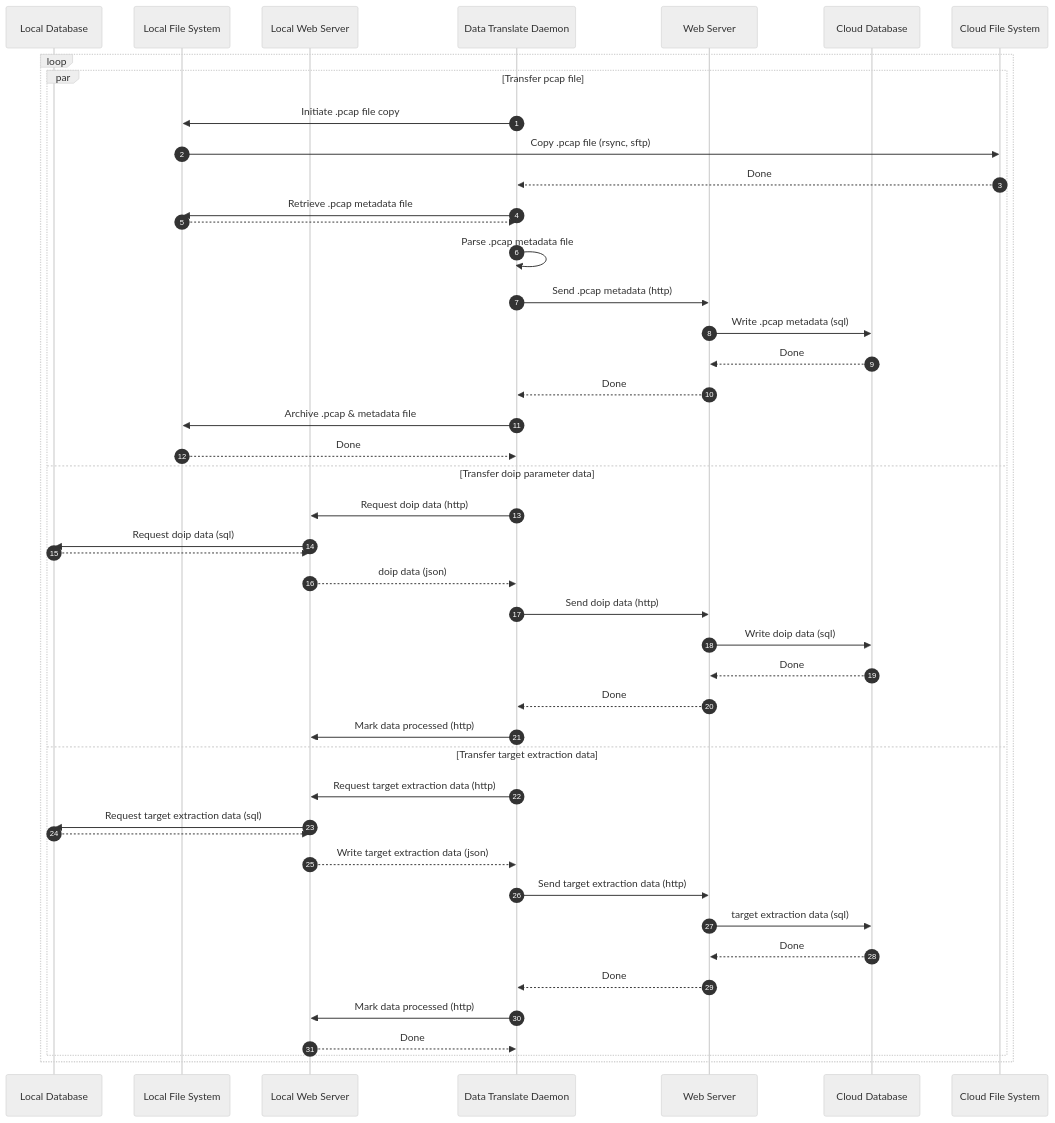
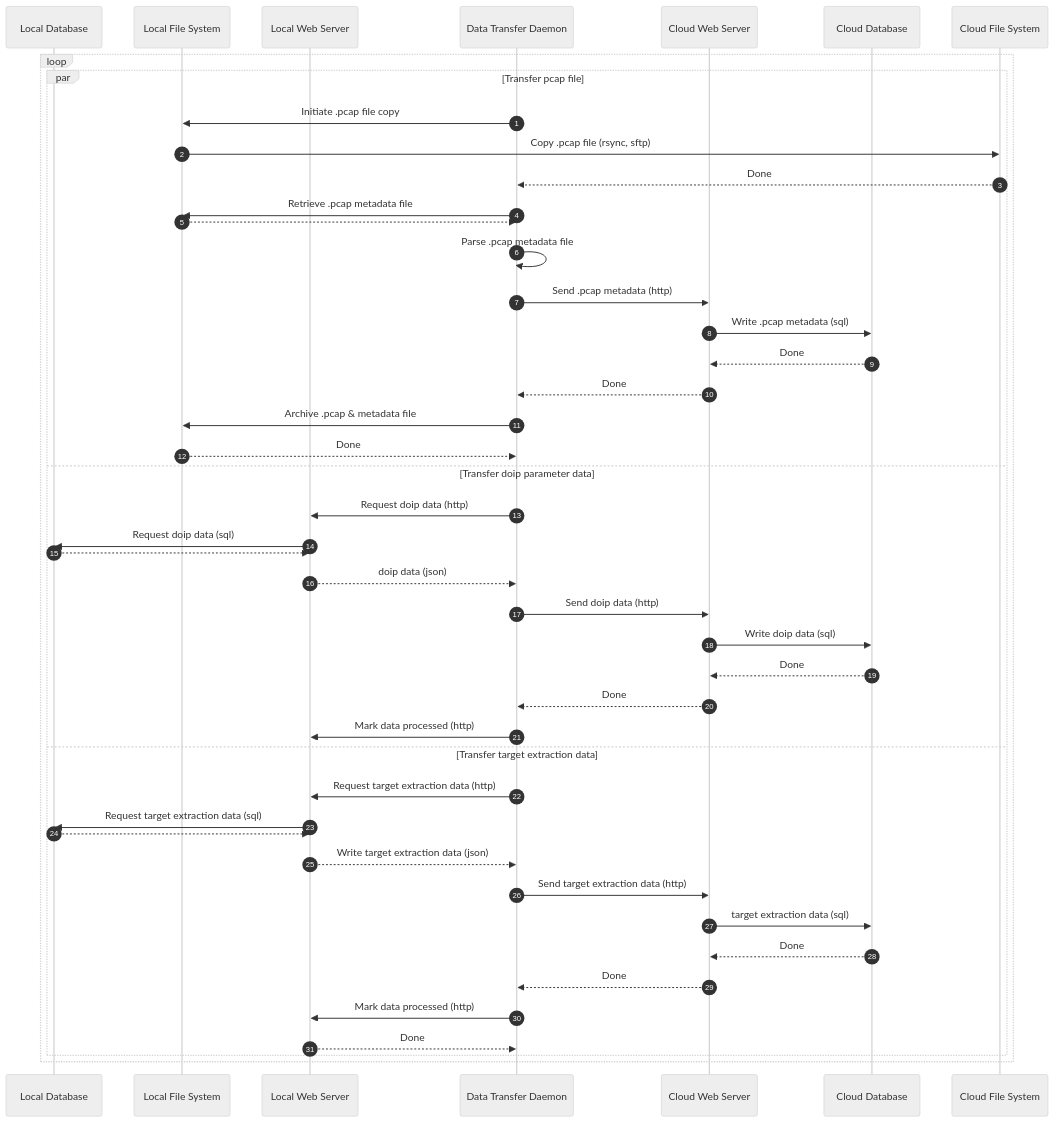
Before and after one commit to matthew-beisser/testing-automation-pipeline-3: the second of 2 diagrams in docs/design.md, drawn with Mermaid. The commit also changed other lines of this file and 2 other files, not shown here.

````diff
--- a/docs/design.md
+++ b/docs/design.md
@@ -393,56 +408,56 @@
 ```mermaid
 %%{
     init: {'theme': 'neutral' }
 }%%
 
 sequenceDiagram
     autonumber
 
     Participant DB as Local Database
     Participant FS as Local File System
     Participant LWWW as Local Web Server
-    Participant Daemon as Data Translate Daemon
+    Participant Daemon as Data Transfer Daemon
 
-    Participant WWW as Web Server
+    Participant WWW as Cloud Web Server
     Participant CloudDB as Cloud Database
     Participant CloudFS as Cloud File System
 
     loop
         par Transfer pcap file
             Daemon->>FS: Initiate .pcap file copy
             FS->>CloudFS: Copy .pcap file (rsync, sftp)
             CloudFS-->>Daemon: Done 
             Daemon->>FS: Retrieve .pcap metadata file
             FS-->>Daemon: 
             Daemon->>Daemon: Parse .pcap metadata file
             Daemon->>WWW: Send .pcap metadata (http)
             WWW->>CloudDB: Write .pcap metadata (sql)
             CloudDB-->>WWW: Done
             WWW-->>Daemon: Done
             Daemon->>FS: Archive .pcap & metadata file
             FS-->>Daemon: Done
 
         and Transfer doip parameter data
             Daemon->>LWWW: Request doip data (http)
             LWWW->>DB: Request doip data (sql)
             DB-->>LWWW: 
             LWWW-->>Daemon: doip data (json)
             Daemon->>WWW: Send doip data (http)
             WWW->>CloudDB: Write doip data (sql)
             CloudDB-->>WWW: Done
             WWW-->>Daemon: Done
             Daemon->>LWWW: Mark data processed (http)
         and Transfer target extraction data
             Daemon->>LWWW: Request target extraction data (http)
             LWWW->>DB: Request target extraction data (sql)
             DB-->>LWWW: 
             LWWW-->>Daemon: Write target extraction data (json)
             Daemon->>WWW: Send target extraction data (http)
             WWW->>CloudDB: target extraction data (sql)
             CloudDB-->>WWW: Done
             WWW-->>Daemon: Done
             Daemon->>LWWW: Mark data processed (http)
             LWWW-->>Daemon: Done
         end
     end
 ```
````
